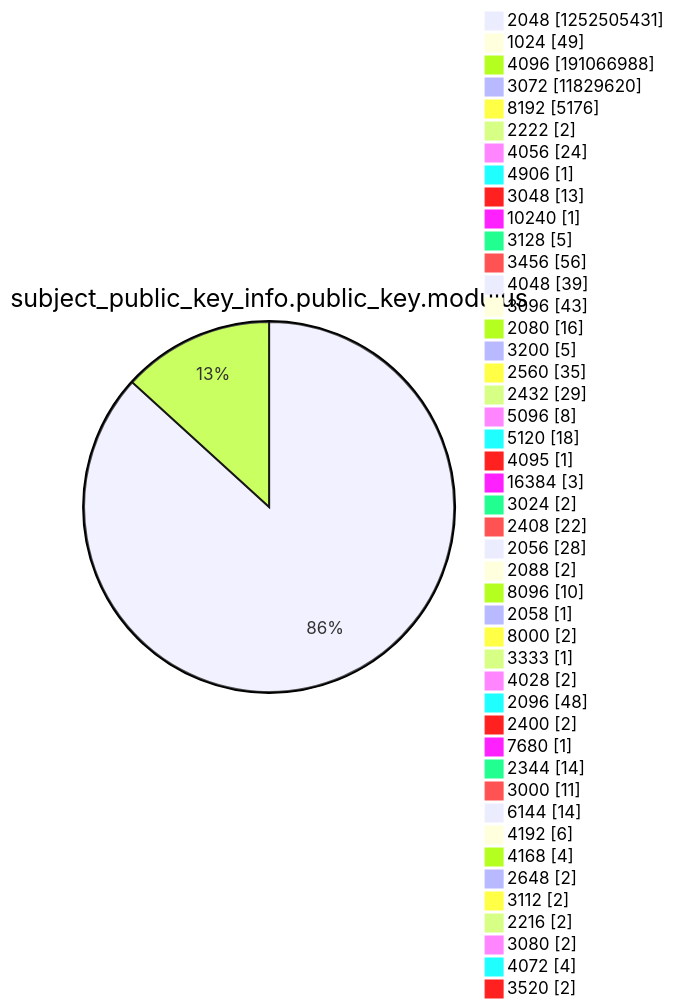
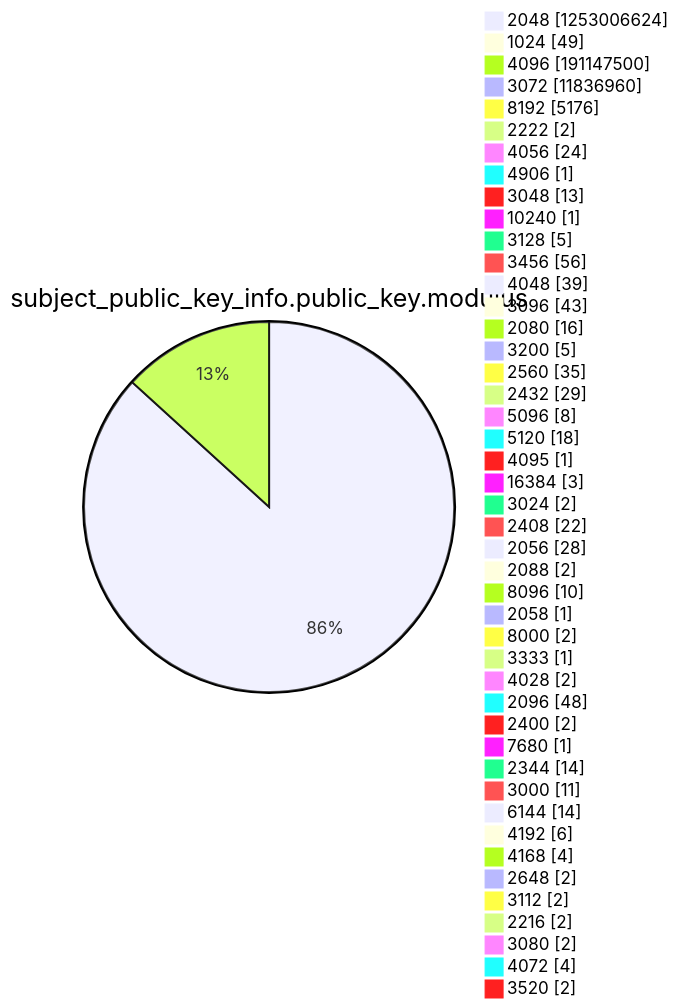
Before and after one commit to christiankrug/ctmonitor_visualization: diagram 13 of 15 in xenon2022/README.md, drawn with Mermaid. The commit also changed other lines of this file, not shown here.

````diff
--- a/xenon2022/README.md
+++ b/xenon2022/README.md
@@ -3919,49 +3919,49 @@
 ```mermaid
 pie showData
 title subject_public_key_info.public_key.modulus
-"2048" :1252505431
+"2048" :1253006624
 "1024" :49
-"4096" :191066988
-"3072" :11829620
+"4096" :191147500
+"3072" :11836960
 "8192" :5176
 "2222" :2
 "4056" :24
 "4906" :1
 "3048" :13
 "10240" :1
 "3128" :5
 "3456" :56
 "4048" :39
 "3096" :43
 "2080" :16
 "3200" :5
 "2560" :35
 "2432" :29
 "5096" :8
 "5120" :18
 "4095" :1
 "16384" :3
 "3024" :2
 "2408" :22
 "2056" :28
 "2088" :2
 "8096" :10
 "2058" :1
 "8000" :2
 "3333" :1
 "4028" :2
 "2096" :48
 "2400" :2
 "7680" :1
 "2344" :14
 "3000" :11
 "6144" :14
 "4192" :6
 "4168" :4
 "2648" :2
 "3112" :2
 "2216" :2
 "3080" :2
 "4072" :4
 "3520" :2
 ```
````
